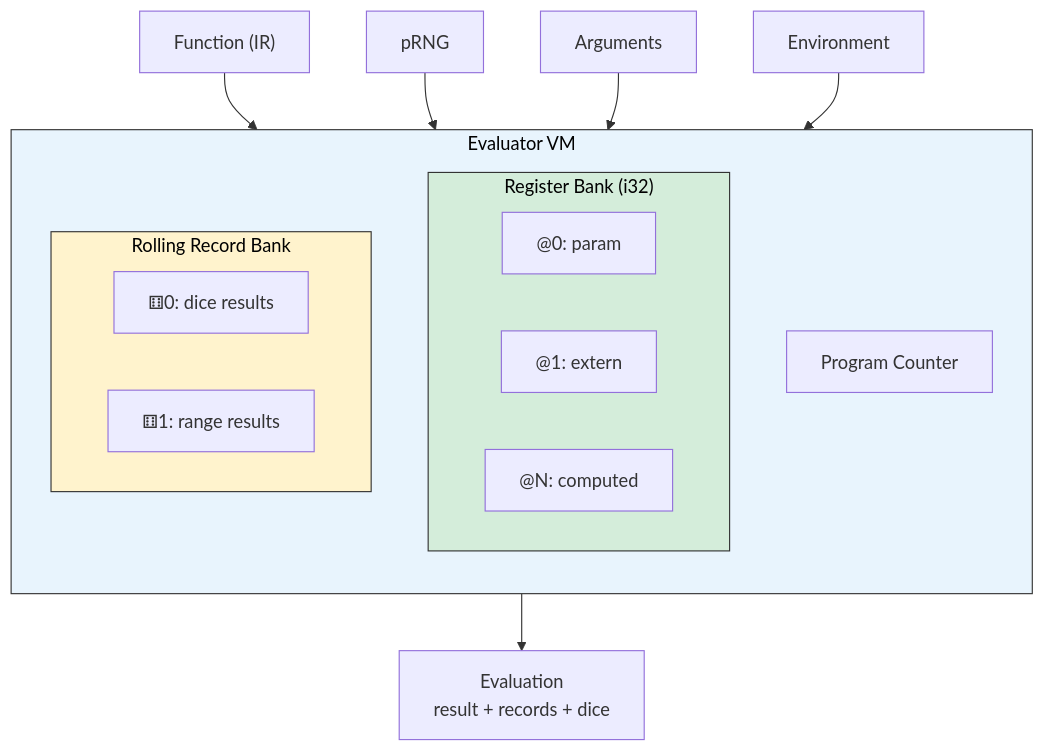
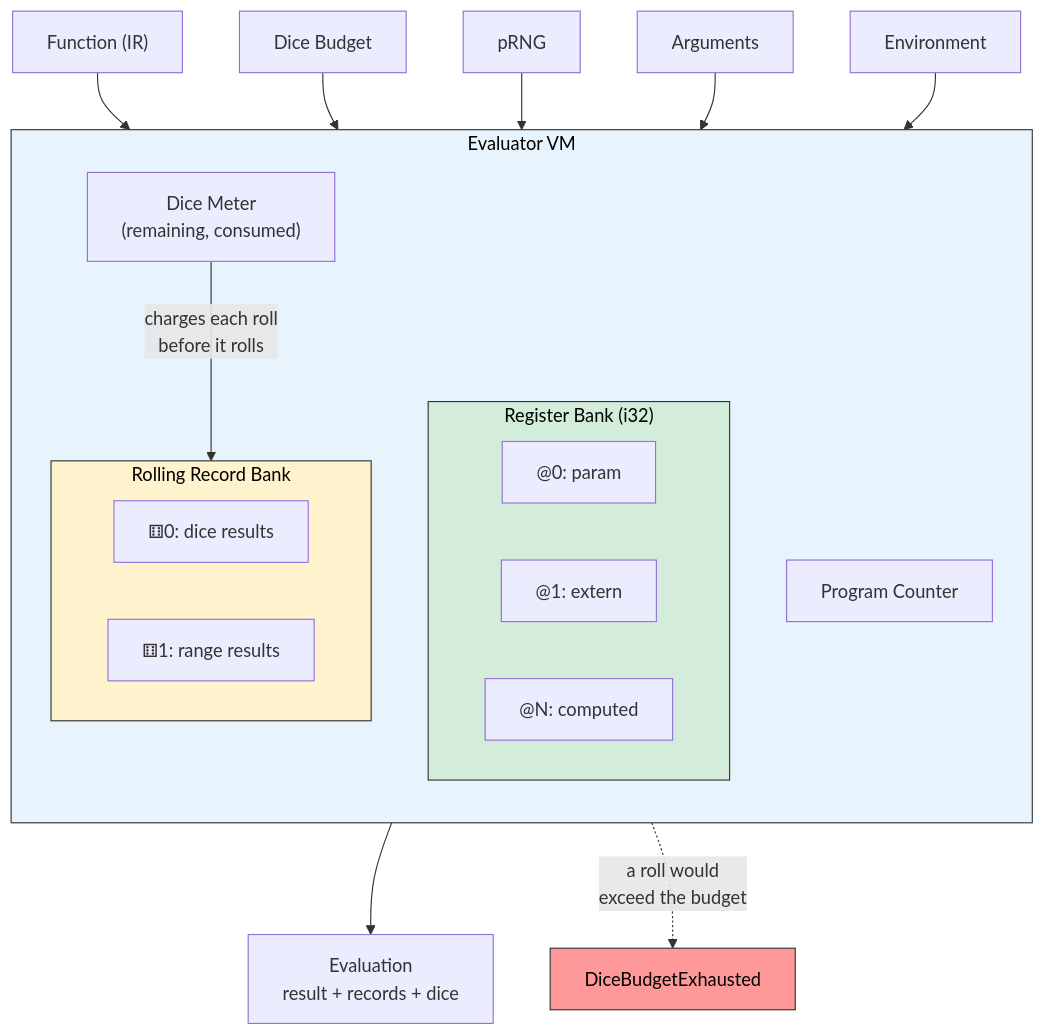
Before and after one commit to toddATavail/xdy: the second of 5 diagrams in xdy/README.md, drawn with Mermaid. The commit also changed other lines of this file and 188 other files, not shown here.

````diff
--- a/xdy/README.md
+++ b/xdy/README.md
@@ -100,24 +101,29 @@
 ```mermaid
 graph TD
     subgraph VM["Evaluator VM"]
         direction TB
         PC["Program Counter"]
         subgraph RF["Register Bank (i32)"]
             R0["@0: param"]
             R1["@1: extern"]
             RN["@N: computed"]
         end
         subgraph RR["Rolling Record Bank"]
             RR0["⚅0: dice results"]
             RR1["⚅1: range results"]
         end
+        DM["Dice Meter<br/>(remaining, consumed)"]
     end
     F["Function (IR)"] --> PC
     RNG["pRNG"] --> RR
     ARGS["Arguments"] --> RF
     ENV["Environment"] --> RF
+    BUD["Dice Budget"] --> DM
+    DM -->|"charges each roll<br/>before it rolls"| RR
     VM --> OUT["Evaluation<br/>result + records + dice"]
+    VM -.->|"a roll would<br/>exceed the budget"| ERR["DiceBudgetExhausted"]
     style VM fill:#e8f4fd,stroke:#333,color:#000
     style RF fill:#d4edda,stroke:#333,color:#000
     style RR fill:#fff3cd,stroke:#333,color:#000
+    style ERR fill:#f99,stroke:#333,color:#000
 ```
````
